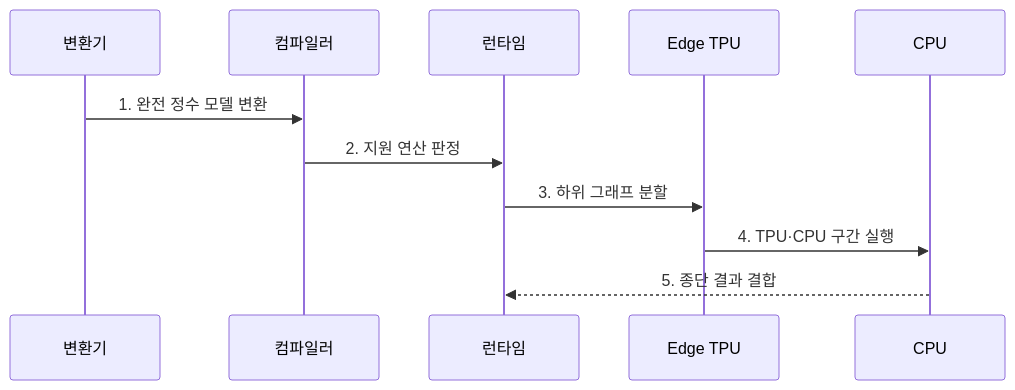
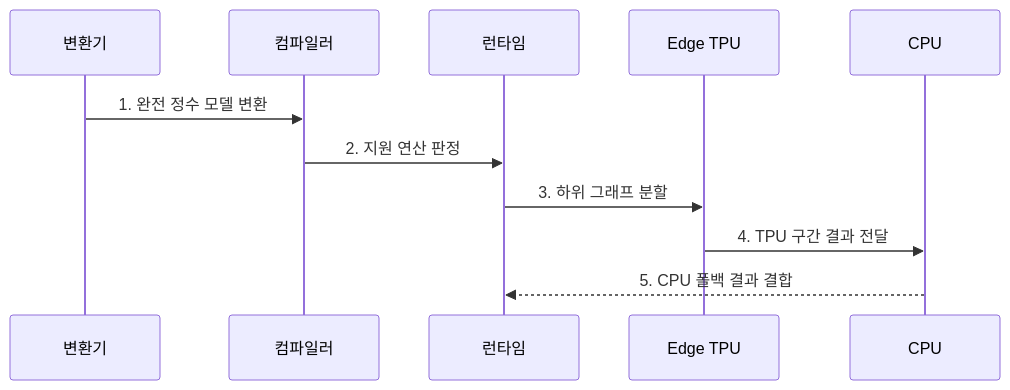
One commit to agnusdei1207/knowledge-base changed the second of 2 diagrams in src/content/docs/notes/08-latest-tech/053_edge_tpu.md. Above: the diagram before and after it, drawn with Mermaid. The commit also changed other lines of this file and 225 other files, not shown here.

````diff
--- a/src/content/docs/notes/08-latest-tech/053_edge_tpu.md
+++ b/src/content/docs/notes/08-latest-tech/053_edge_tpu.md
@@ -83,13 +83,13 @@
 ```mermaid
 sequenceDiagram
     participant Q as 변환기
     participant C as 컴파일러
     participant R as 런타임
     participant T as Edge TPU
     participant P as CPU
     Q->>C: 1. 완전 정수 모델 변환
     C->>R: 2. 지원 연산 판정
     R->>T: 3. 하위 그래프 분할
-    T->>P: 4. TPU·CPU 구간 실행
-    P-->>R: 5. 종단 결과 결합
+    T->>P: 4. TPU 구간 결과 전달
+    P-->>R: 5. CPU 폴백 결과 결합
 ```
````
